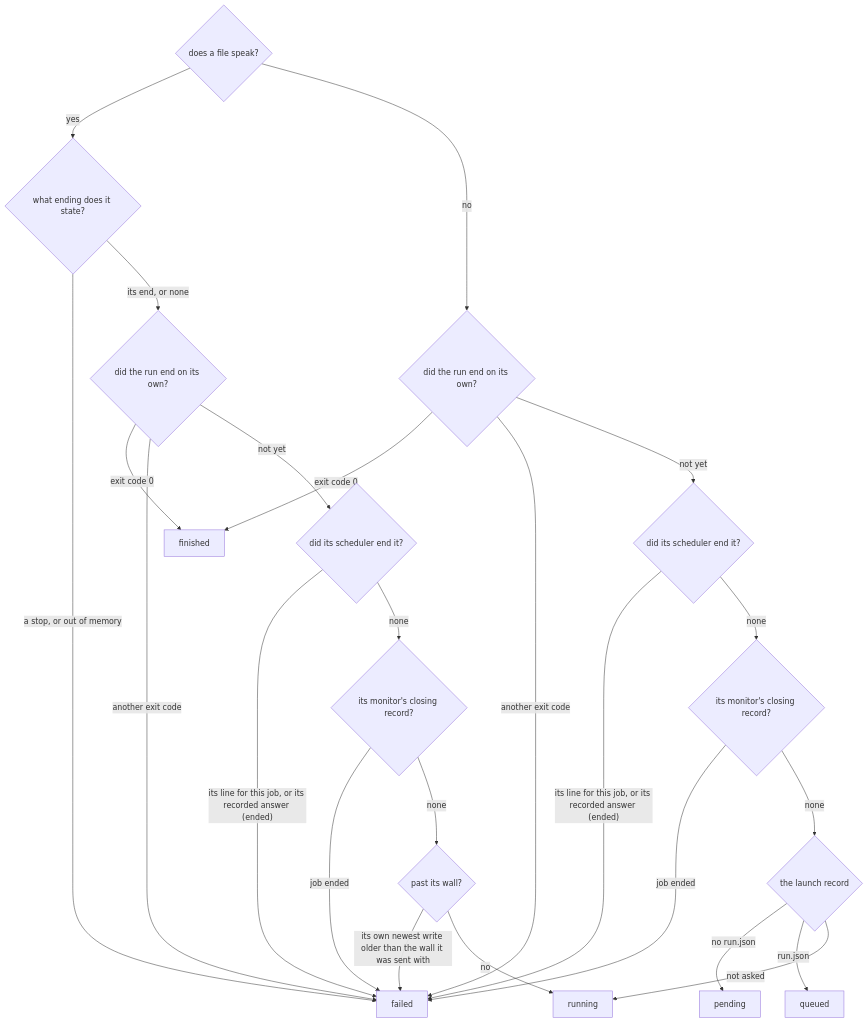
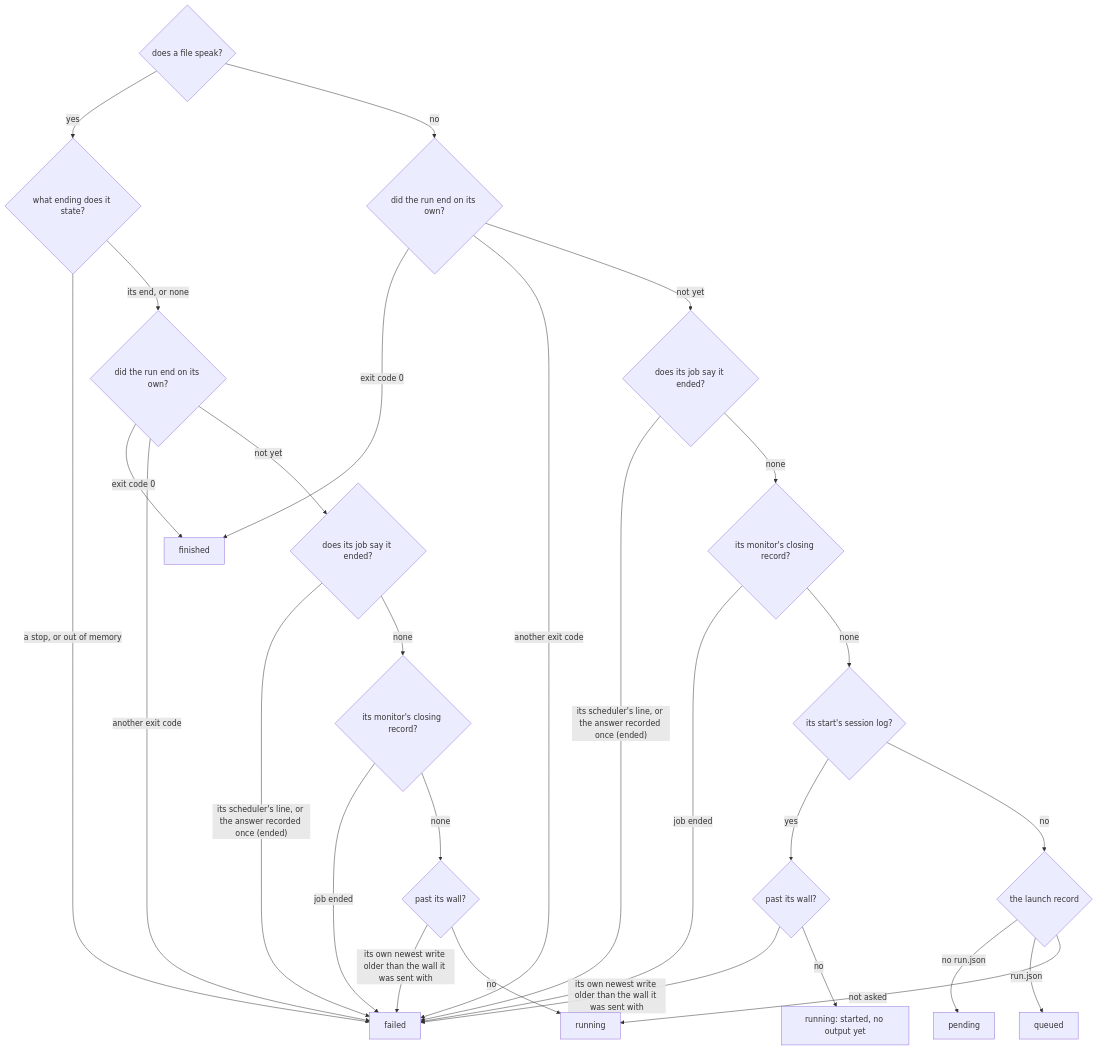
Before and after one commit to Qing-LAB/molbuilder: the third of 6 diagrams in docs/execution/running-a-job.md, drawn with Mermaid. The commit also changed other lines of this file and 47 other files, not shown here.

First line of the commit message:
2.61.0: a run's end known wherever it runs; older runs read again; only jobset launch starts a run

````diff
--- a/docs/execution/running-a-job.md
+++ b/docs/execution/running-a-job.md
@@ -754,26 +755,30 @@
 ```mermaid
 flowchart TD
     S{"does a file speak?"} -->|"yes"| E{"what ending does it state?"}
     E -->|"a stop, or out of memory"| FAIL["failed"]
     E -->|"its end, or none"| C{"did the run end on its own?"}
     C -->|"exit code 0"| FIN["finished"]
     C -->|"another exit code"| FAIL
-    C -->|"not yet"| K{"did its scheduler end it?"}
-    K -->|"its line for this job, or its recorded answer (ended)"| FAIL
+    C -->|"not yet"| K{"does its job say it ended?"}
+    K -->|"its scheduler's line, or the answer recorded once (ended)"| FAIL
     K -->|"none"| G{"its monitor's closing record?"}
     G -->|"job ended"| FAIL
     G -->|"none"| W{"past its wall?"}
     W -->|"its own newest write older than the wall it was sent with"| FAIL
     W -->|"no"| RUN["running"]
     S -->|"no"| C2{"did the run end on its own?"}
     C2 -->|"exit code 0"| FIN
     C2 -->|"another exit code"| FAIL
-    C2 -->|"not yet"| K2{"did its scheduler end it?"}
-    K2 -->|"its line for this job, or its recorded answer (ended)"| FAIL
+    C2 -->|"not yet"| K2{"does its job say it ended?"}
+    K2 -->|"its scheduler's line, or the answer recorded once (ended)"| FAIL
     K2 -->|"none"| G2{"its monitor's closing record?"}
     G2 -->|"job ended"| FAIL
-    G2 -->|"none"| L{"the launch record"}
+    G2 -->|"none"| ST{"its start's session log?"}
+    ST -->|"yes"| W2{"past its wall?"}
+    W2 -->|"its own newest write older than the wall it was sent with"| FAIL
+    W2 -->|"no"| RS["running: started, no output yet"]
+    ST -->|"no"| L{"the launch record"}
     L -->|"no run.json"| PEN["pending"]
     L -->|"run.json"| Q["queued"]
     L -->|"not asked"| RUN
 ```
````
